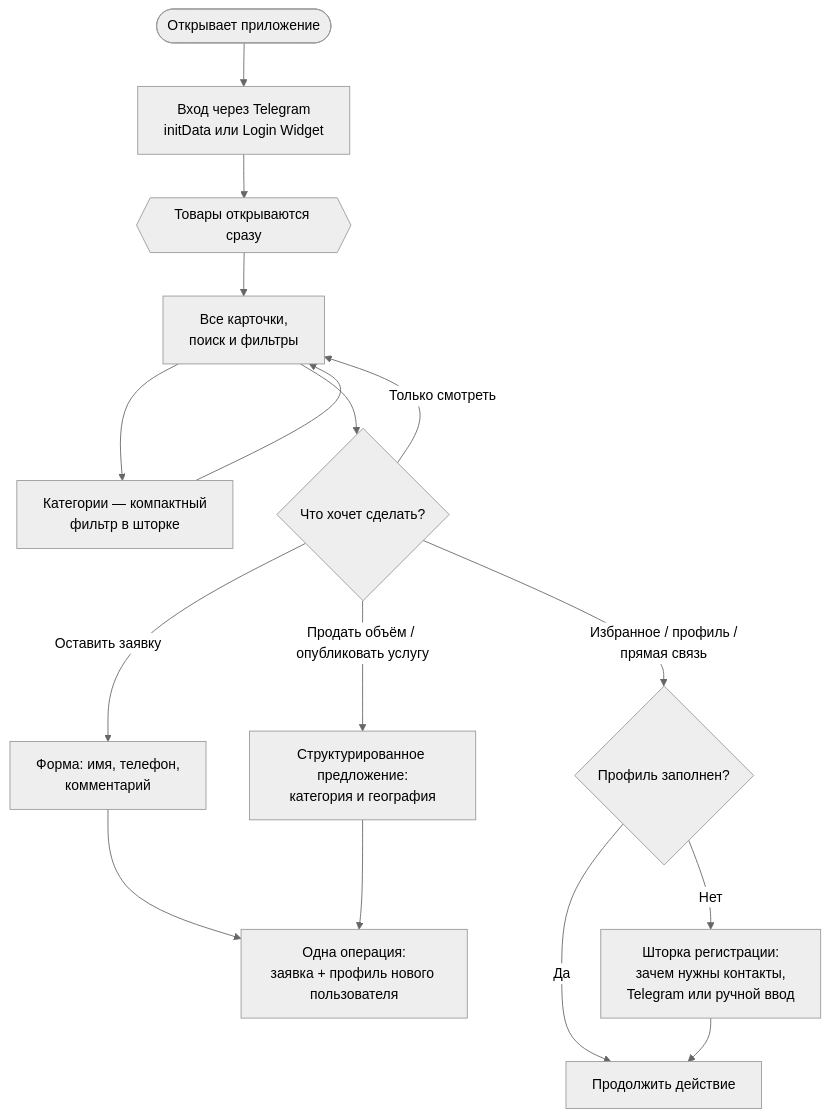
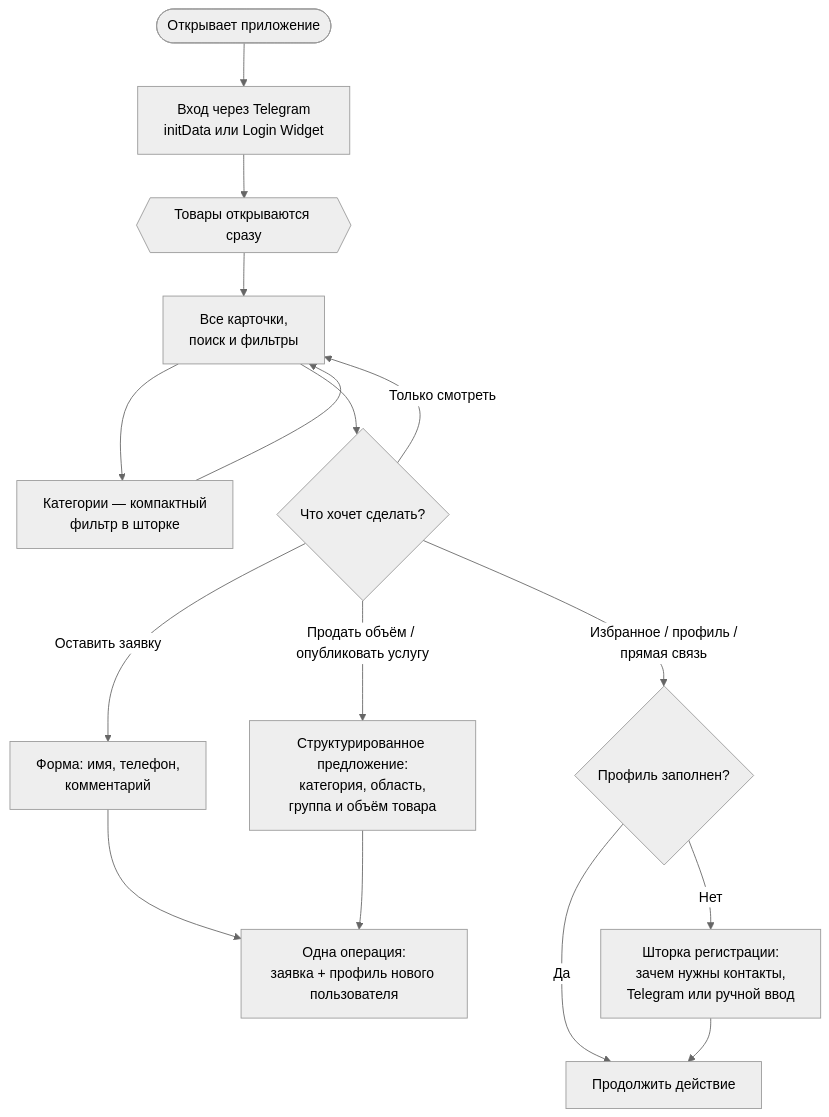
One commit to bullbashechka/AgroMarketKZ changed the first of 4 diagrams in USER_FLOW.md. Above: the diagram before and after it, drawn with Mermaid (neutral theme). The commit also changed other lines of this file and 46 other files, not shown here.

````diff
--- a/USER_FLOW.md
+++ b/USER_FLOW.md
@@ -9,18 +9,18 @@
 ```mermaid
 flowchart TD
 Open([Открывает приложение]) --> Auth[Вход через Telegram<br/>initData или Login Widget]
 Auth --> Catalog{{Товары открываются сразу}}
 Catalog --> Browse[Все карточки,<br/>поиск и фильтры]
 Browse --> Category[Категории — компактный<br/>фильтр в шторке]
 Category --> Browse
 Browse --> Intent{Что хочет сделать?}
 Intent -->|Только смотреть| Browse
 Intent -->|Оставить заявку| Request[Форма: имя, телефон,<br/>комментарий]
-Intent -->|Продать объём / опубликовать услугу| Listing[Структурированное предложение:<br/>категория и география]
+Intent -->|Продать объём / опубликовать услугу| Listing[Структурированное предложение:<br/>категория, область,<br/>группа и объём товара]
 Intent -->|Избранное / профиль /<br/>прямая связь| Registered{Профиль заполнен?}
 Registered -->|Да| Continue[Продолжить действие]
 Registered -->|Нет| Reg[Шторка регистрации:<br/>зачем нужны контакты,<br/>Telegram или ручной ввод]
 Reg --> Continue
 Request --> Atomic[Одна операция:<br/>заявка + профиль нового пользователя]
 Listing --> Atomic
 ```
````
